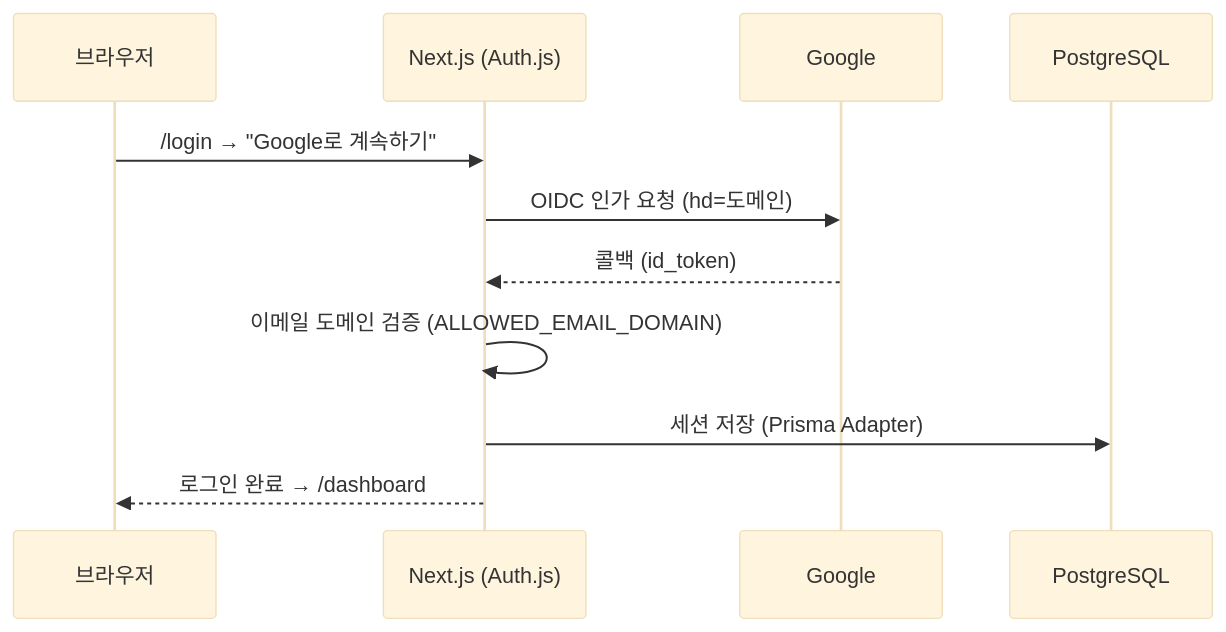
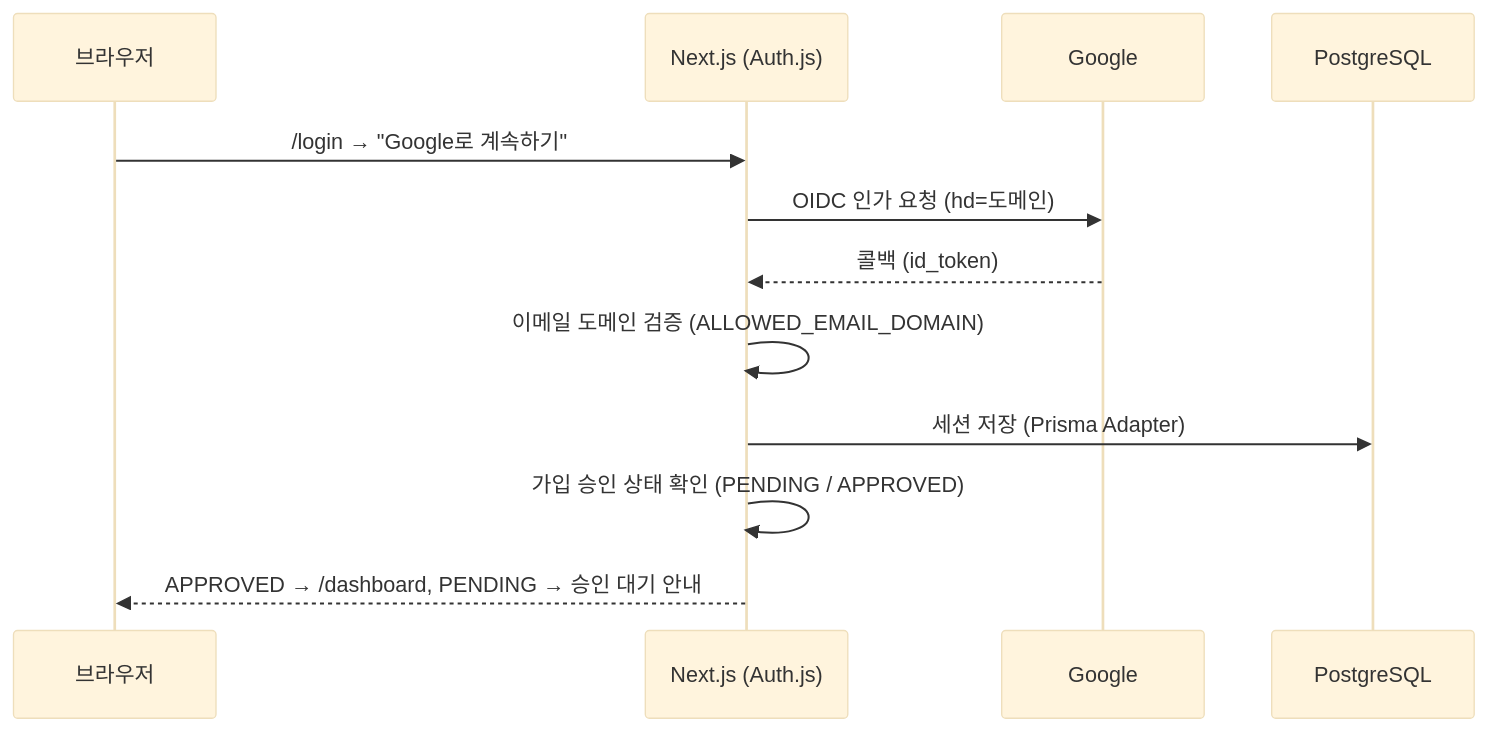
The second of 4 diagrams in README.md (Team-Neki/Team-Neki-Sprint), drawn with Mermaid (base theme) before and after one commit. The commit also changed other lines of this file and 2 other files, not shown here.

````diff
--- a/README.md
+++ b/README.md
@@ -46,13 +74,14 @@
 ```mermaid
 sequenceDiagram
     participant B as 브라우저
     participant A as Next.js (Auth.js)
     participant G as Google
     participant D as PostgreSQL
     B->>A: /login → "Google로 계속하기"
     A->>G: OIDC 인가 요청 (hd=도메인)
     G-->>A: 콜백 (id_token)
     A->>A: 이메일 도메인 검증 (ALLOWED_EMAIL_DOMAIN)
     A->>D: 세션 저장 (Prisma Adapter)
-    A-->>B: 로그인 완료 → /dashboard
+    A->>A: 가입 승인 상태 확인 (PENDING / APPROVED)
+    A-->>B: APPROVED → /dashboard, PENDING → 승인 대기 안내
 ```
````
